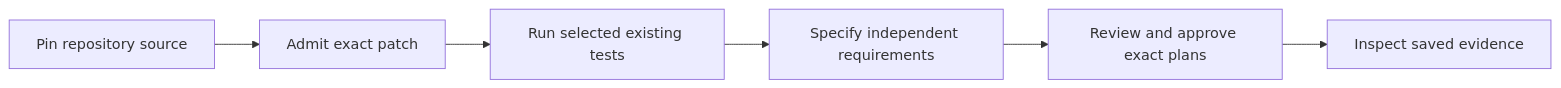
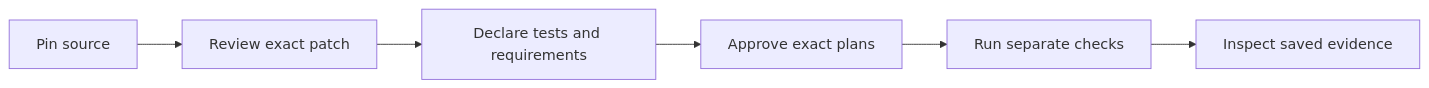
Before and after one commit to kabbersokhi-boop/ai-debugging-workbench: the diagram in README.md, drawn with Mermaid. The commit also changed other lines of this file and 30 other files, not shown here.

````diff
--- a/README.md
+++ b/README.md
@@ -26,8 +46,8 @@
 ```mermaid
 flowchart LR
-  A[Pin repository source] --> B[Admit exact patch]
-  B --> C[Run selected existing tests]
-  C --> D[Specify independent requirements]
-  D --> E[Review and approve exact plans]
+  A[Pin source] --> B[Review exact patch]
+  B --> C[Declare tests and requirements]
+  C --> D[Approve exact plans]
+  D --> E[Run separate checks]
   E --> F[Inspect saved evidence]
 ```
````
